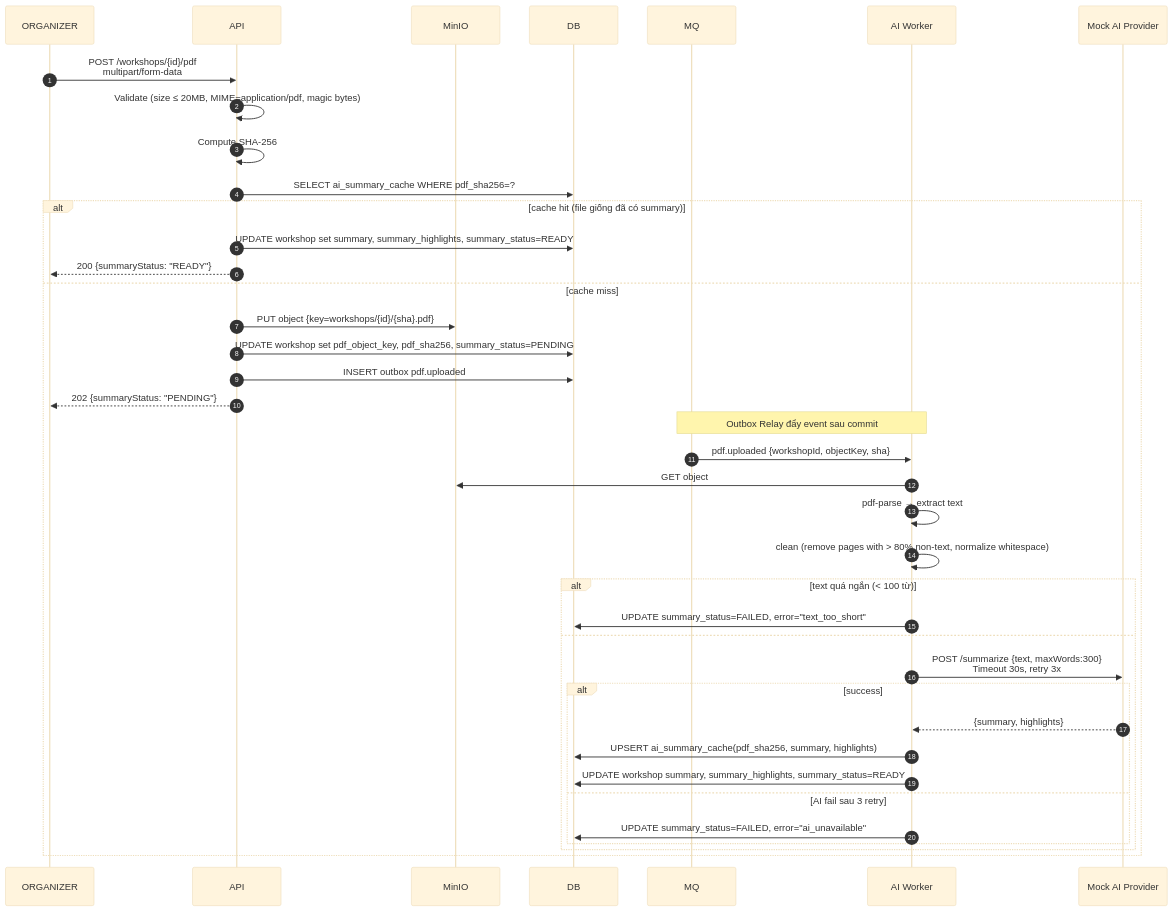
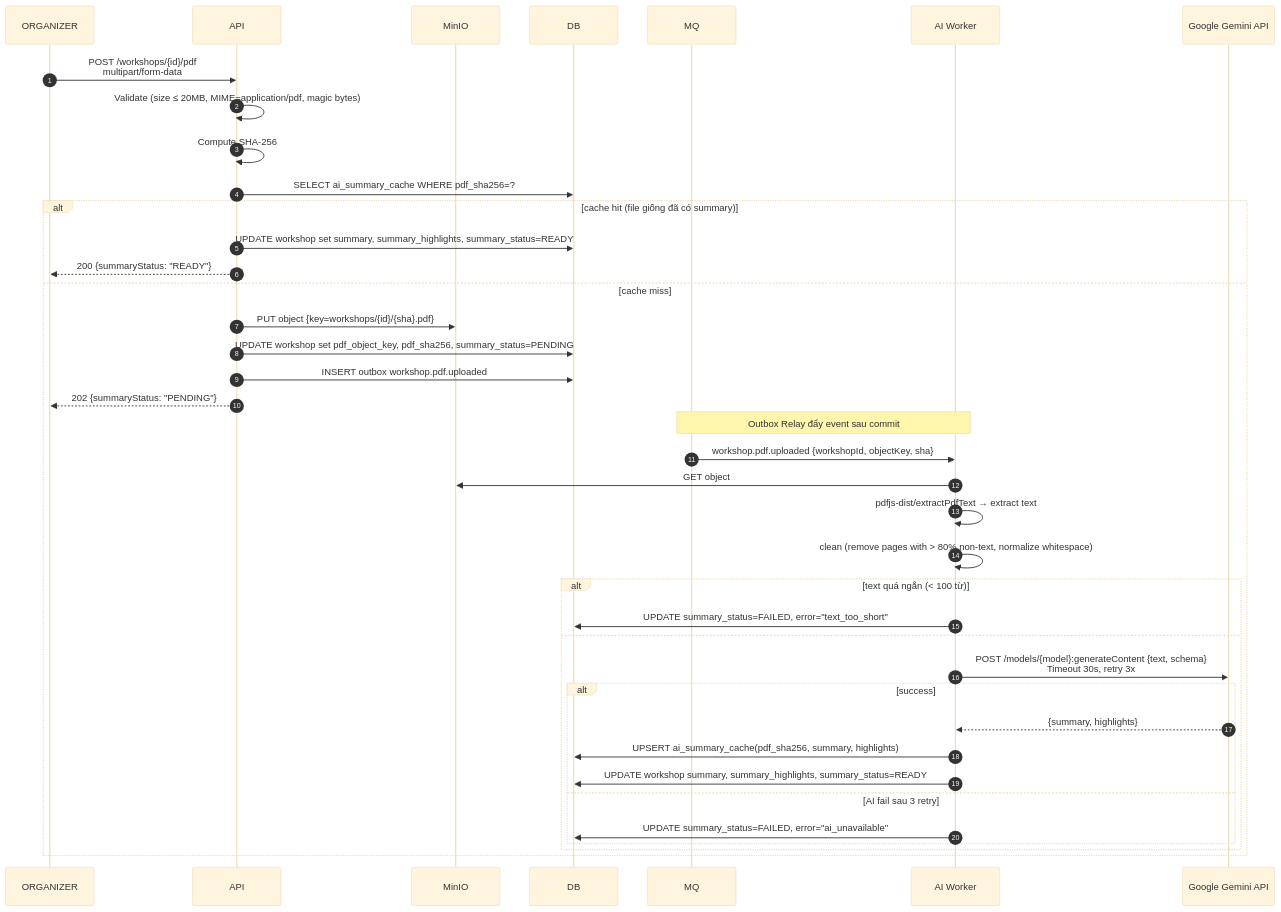
One commit to ThangTo/UniHub-Workshop changed the diagram in blueprint/specs/ai-summary.md. Above: the diagram before and after it, drawn with Mermaid (base theme). The commit also changed other lines of this file and 11 other files, not shown here.

````diff
--- a/blueprint/specs/ai-summary.md
+++ b/blueprint/specs/ai-summary.md
@@ -21,42 +21,42 @@
 ```mermaid
 sequenceDiagram
     autonumber
     participant Org as ORGANIZER
     participant API
     participant Min as MinIO
     participant DB
     participant MQ
     participant W as AI Worker
-    participant AI as Mock AI Provider
+    participant AI as Google Gemini API
 
     Org->>API: POST /workshops/{id}/pdf<br/>multipart/form-data
     API->>API: Validate (size ≤ 20MB, MIME=application/pdf, magic bytes)
     API->>API: Compute SHA-256
     API->>DB: SELECT ai_summary_cache WHERE pdf_sha256=?
     alt cache hit (file giống đã có summary)
         API->>DB: UPDATE workshop set summary, summary_highlights, summary_status=READY
         API-->>Org: 200 {summaryStatus: "READY"}
     else cache miss
         API->>Min: PUT object {key=workshops/{id}/{sha}.pdf}
         API->>DB: UPDATE workshop set pdf_object_key, pdf_sha256, summary_status=PENDING
-        API->>DB: INSERT outbox pdf.uploaded
+        API->>DB: INSERT outbox workshop.pdf.uploaded
         API-->>Org: 202 {summaryStatus: "PENDING"}
         Note over MQ,W: Outbox Relay đẩy event sau commit
-        MQ->>W: pdf.uploaded {workshopId, objectKey, sha}
+        MQ->>W: workshop.pdf.uploaded {workshopId, objectKey, sha}
         W->>Min: GET object
-        W->>W: pdf-parse → extract text
+        W->>W: pdfjs-dist/extractPdfText → extract text
         W->>W: clean (remove pages with > 80% non-text, normalize whitespace)
         alt text quá ngắn (< 100 từ)
             W->>DB: UPDATE summary_status=FAILED, error="text_too_short"
         else
-            W->>AI: POST /summarize {text, maxWords:300}<br/>Timeout 30s, retry 3x
+            W->>AI: POST /models/{model}:generateContent {text, schema}<br/>Timeout 30s, retry 3x
             alt success
                 AI-->>W: {summary, highlights}
                 W->>DB: UPSERT ai_summary_cache(pdf_sha256, summary, highlights)
                 W->>DB: UPDATE workshop summary, summary_highlights, summary_status=READY
             else AI fail sau 3 retry
                 W->>DB: UPDATE summary_status=FAILED, error="ai_unavailable"
             end
         end
     end
 ```
````
